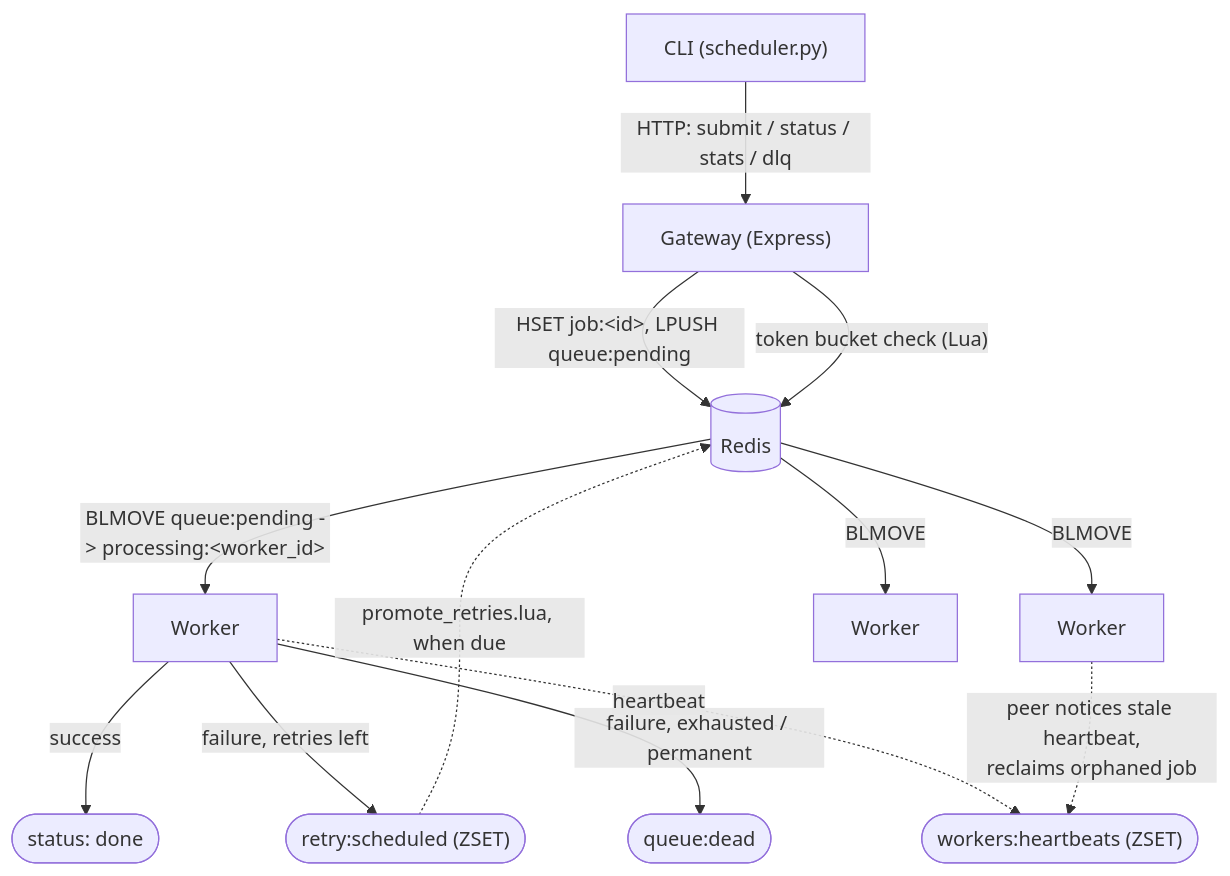
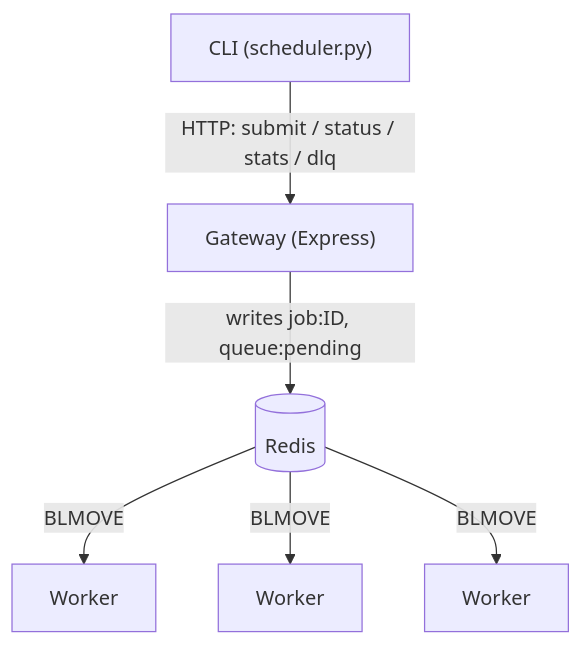
The diagram in README.md (Ayomide1x/task-scheduler), drawn with Mermaid before and after one commit. The commit also changed other lines of this file, not shown here.

Commit message:
Simplify architecture diagram to component topology

````diff
--- a/README.md
+++ b/README.md
@@ -25,25 +25,16 @@
 ```mermaid
 flowchart TB
     CLI["CLI (scheduler.py)"]
     GW["Gateway (Express)"]
     R[(Redis)]
     W1["Worker"]
     W2["Worker"]
     W3["Worker"]
 
     CLI -- "HTTP: submit / status / stats / dlq" --> GW
-    GW -- "HSET job:&lt;id&gt;, LPUSH queue:pending" --> R
-    GW -- "token bucket check (Lua)" --> R
+    GW -- "writes job:ID, queue:pending" --> R
 
-    R -- "BLMOVE queue:pending -> processing:&lt;worker_id&gt;" --> W1
-    R -- "BLMOVE" --> W2
-    R -- "BLMOVE" --> W3
-
-    W1 -- "success" --> Done(["status: done"])
-    W1 -- "failure, retries left" --> Retry(["retry:scheduled (ZSET)"])
-    W1 -- "failure, exhausted / permanent" --> DLQ(["queue:dead"])
-    Retry -. "promote_retries.lua, when due" .-> R
-
-    W1 -. heartbeat .-> HB(["workers:heartbeats (ZSET)"])
-    W2 -. "peer notices stale heartbeat,<br/>reclaims orphaned job" .-> HB
+    R -- BLMOVE --> W1
+    R -- BLMOVE --> W2
+    R -- BLMOVE --> W3
 ```
````
